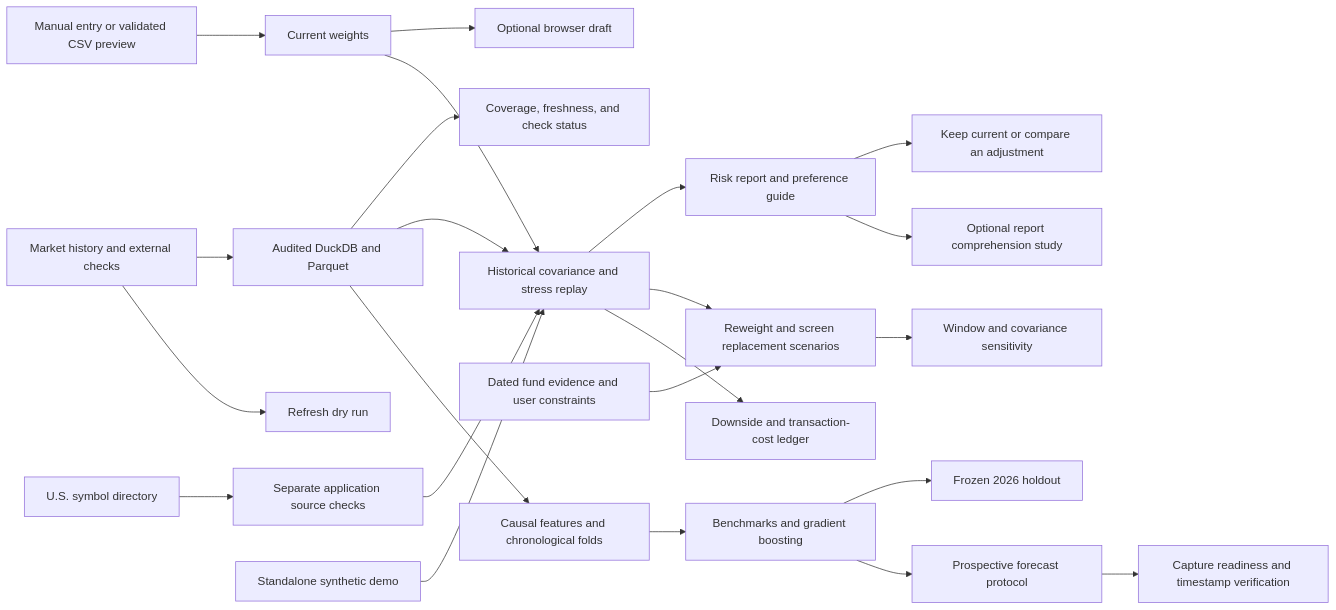
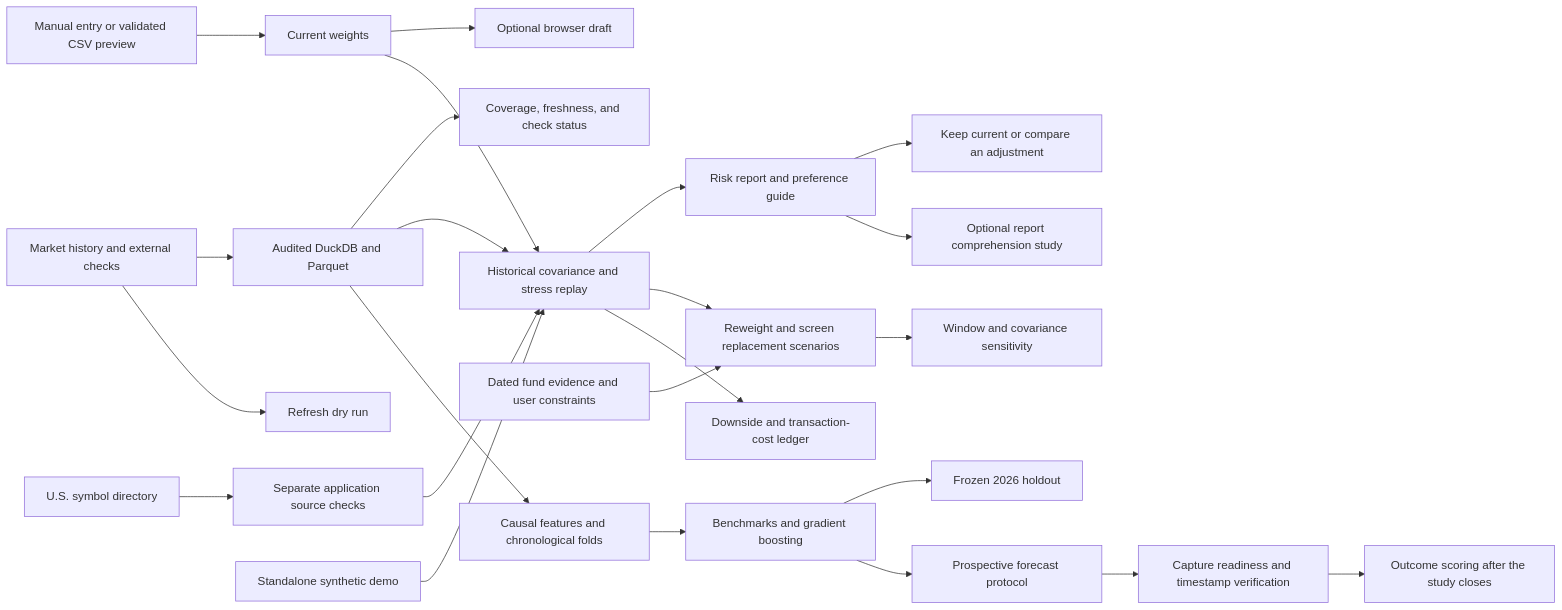
The diagram in README.md (alisaayz/portfolio-risk), drawn with Mermaid before and after one commit. The commit also changed other lines of this file and 3 other files, not shown here.

Commit message:
Score prospective forecasts after the final study window

````diff
--- a/README.md
+++ b/README.md
@@ -35,25 +35,26 @@
 ```mermaid
 flowchart LR
     A[Market history and external checks] --> B[Audited DuckDB and Parquet]
     A --> V[Refresh dry run]
     B --> W[Coverage, freshness, and check status]
     C[U.S. symbol directory] --> D[Separate application source checks]
     B --> E[Historical covariance and stress replay]
     D --> E
     L[Manual entry or validated CSV preview] --> M[Current weights]
     M --> N[Optional browser draft]
     M --> E
     S[Standalone synthetic demo] --> E
     E --> F[Risk report and preference guide]
     F --> P[Keep current or compare an adjustment]
     E --> G[Reweight and screen replacement scenarios]
     E --> Q[Downside and transaction-cost ledger]
     T[Dated fund evidence and user constraints] --> G
     G --> U[Window and covariance sensitivity]
     B --> H[Causal features and chronological folds]
     H --> I[Benchmarks and gradient boosting]
     I --> J[Frozen 2026 holdout]
     I --> X[Prospective forecast protocol]
     X --> Y[Capture readiness and timestamp verification]
+    Y --> Z[Outcome scoring after the study closes]
     F --> K[Optional report comprehension study]
 ```
````
